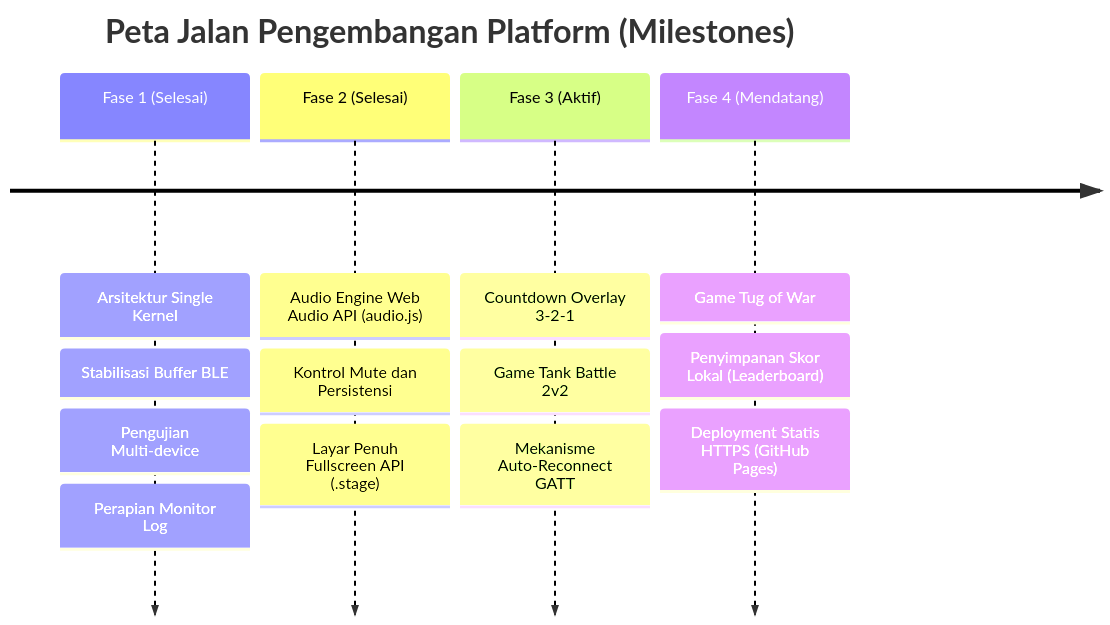
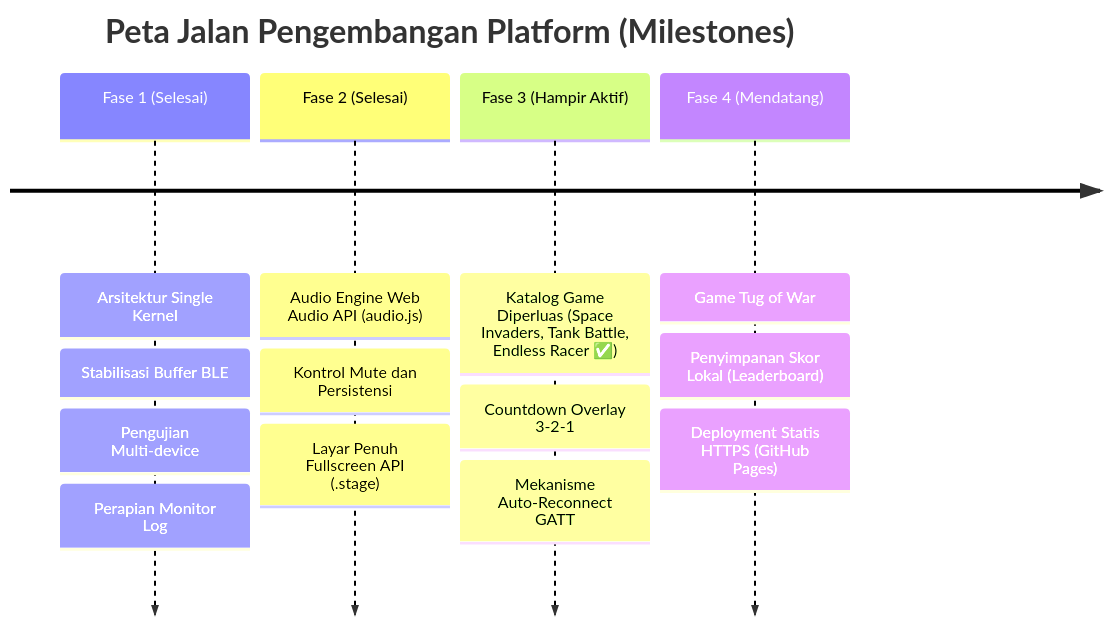
Before and after one commit to SaepudinAep/microbit-games: the diagram in plan/05-future-roadmap-and-features.md, drawn with Mermaid. The commit also changed other lines of this file and 11 other files, not shown here.

````diff
--- a/plan/05-future-roadmap-and-features.md
+++ b/plan/05-future-roadmap-and-features.md
@@ -48,8 +55,8 @@
 ```mermaid
 timeline
     title Peta Jalan Pengembangan Platform (Milestones)
     Fase 1 (Selesai) : Arsitektur Single Kernel : Stabilisasi Buffer BLE : Pengujian Multi-device : Perapian Monitor Log
     Fase 2 (Selesai) : Audio Engine Web Audio API (audio.js) : Kontrol Mute dan Persistensi : Layar Penuh Fullscreen API (.stage)
-    Fase 3 (Aktif) : Countdown Overlay 3-2-1 : Game Tank Battle 2v2 : Mekanisme Auto-Reconnect GATT
+    Fase 3 (Hampir Aktif) : Katalog Game Diperluas (Space Invaders, Tank Battle, Endless Racer ✅) : Countdown Overlay 3-2-1 : Mekanisme Auto-Reconnect GATT
     Fase 4 (Mendatang) : Game Tug of War : Penyimpanan Skor Lokal (Leaderboard) : Deployment Statis HTTPS (GitHub Pages)
 ```
````
